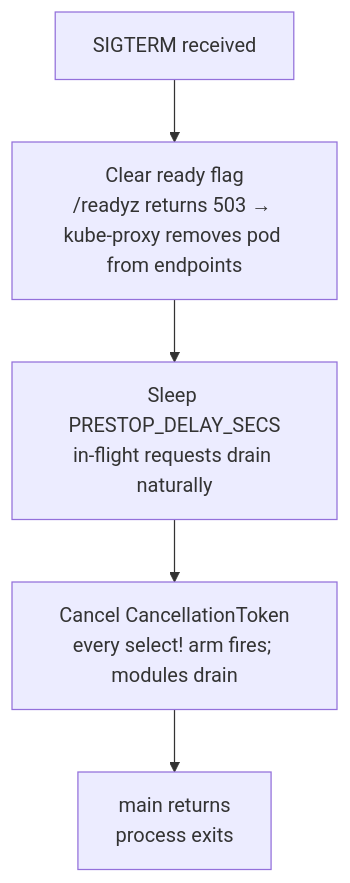
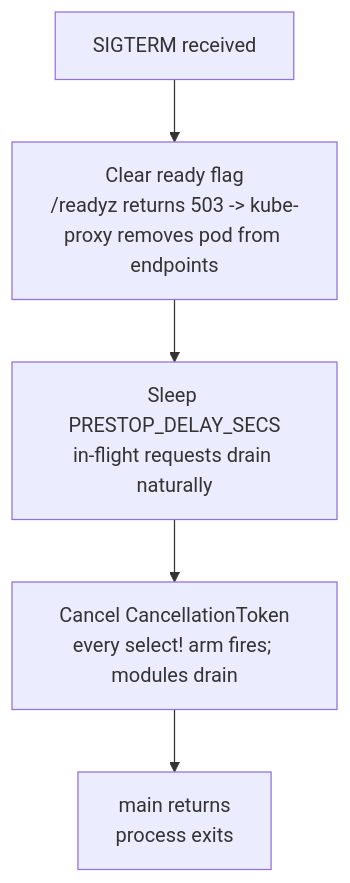
The diagram in docs/core-pillars/SHUTDOWN.md (hyperi-io/hyperi-rustlib), drawn with Mermaid before and after one commit. The commit also changed other lines of this file and 106 other files, not shown here.

````diff
--- a/docs/core-pillars/SHUTDOWN.md
+++ b/docs/core-pillars/SHUTDOWN.md
@@ -38,7 +34,7 @@
 ```mermaid
 flowchart TB
-    A["SIGTERM received"] --> B["Clear ready flag<br/>/readyz returns 503 → kube-proxy removes pod from endpoints"]
+    A["SIGTERM received"] --> B["Clear ready flag<br/>/readyz returns 503 -> kube-proxy removes pod from endpoints"]
     B --> C["Sleep PRESTOP_DELAY_SECS<br/>in-flight requests drain naturally"]
     C --> D["Cancel CancellationToken<br/>every select! arm fires; modules drain"]
     D --> E["main returns<br/>process exits"]
 ```
````
